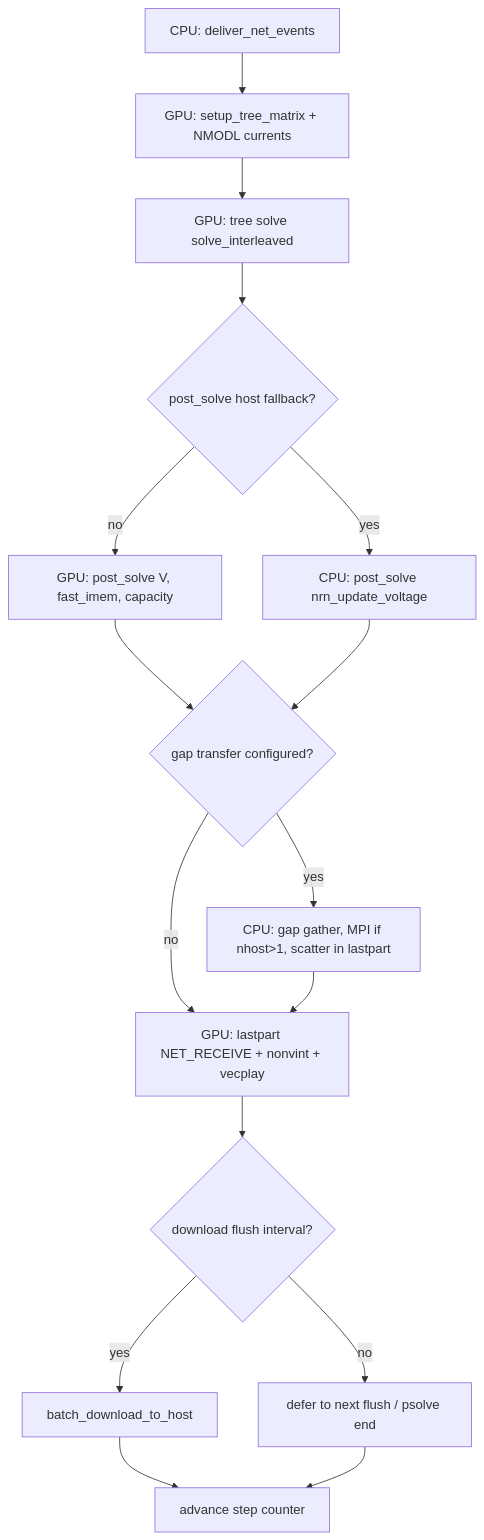
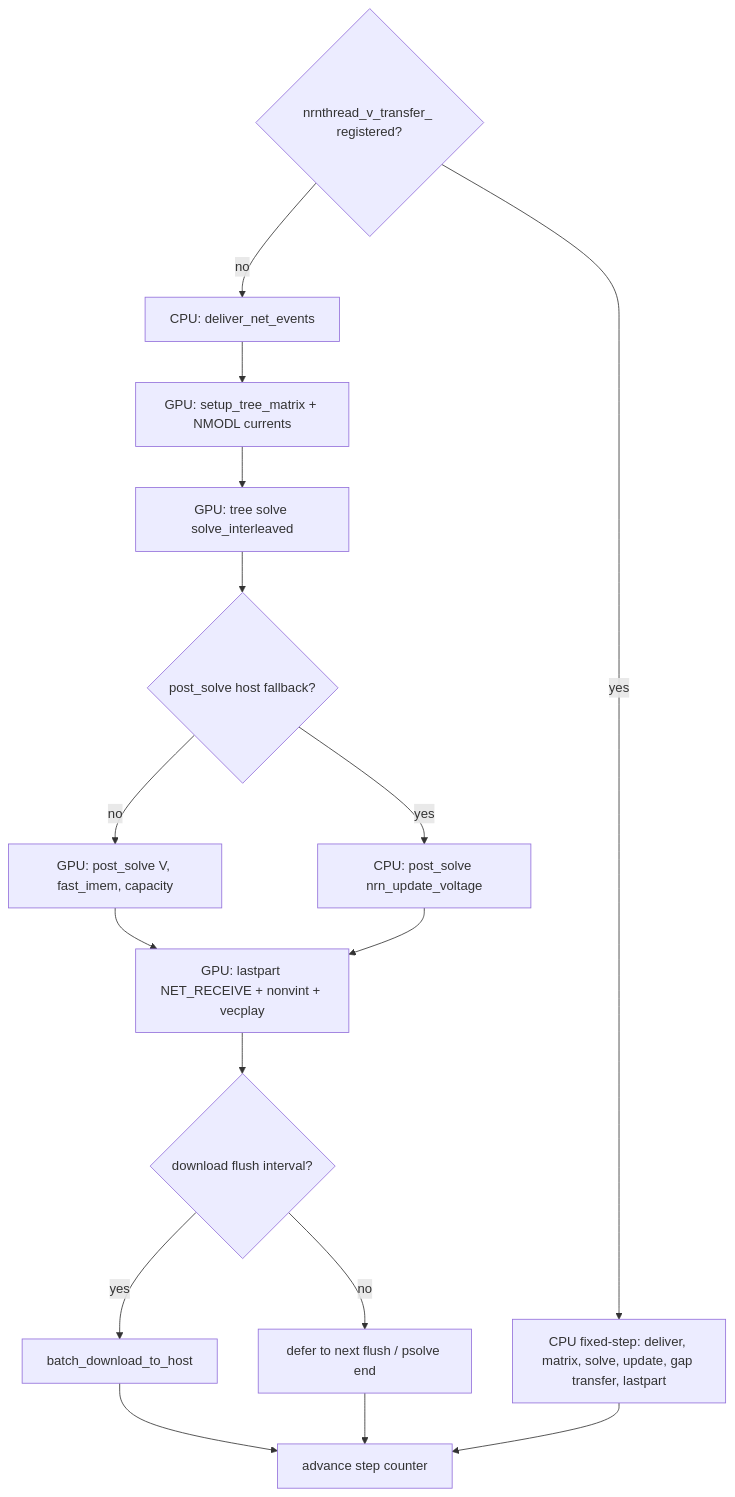
The diagram in docs/dev/native-gpu-fixed-step.rst (neuronsimulator/nrn), drawn with Mermaid before and after one commit. The commit also changed other lines of this file and 7 other files, not shown here.

First line of the commit message:
Document native GPU gap junction CPU fixed-step fallback

```diff
--- a/docs/dev/native-gpu-fixed-step.rst
+++ b/docs/dev/native-gpu-fixed-step.rst
@@ -176,18 +178,19 @@
 .. mermaid::
 
    flowchart TD
-     A[CPU: deliver_net_events] --> B[GPU: setup_tree_matrix + NMODL currents]
+     S{nrnthread_v_transfer_ registered?}
+     S -->|yes| CPUALL[CPU fixed-step: deliver, matrix, solve, update, gap transfer, lastpart]
+     S -->|no| A[CPU: deliver_net_events]
+     A --> B[GPU: setup_tree_matrix + NMODL currents]
      B --> C[GPU: tree solve solve_interleaved]
      C --> D{post_solve host fallback?}
      D -->|no| E[GPU: post_solve V, fast_imem, capacity]
      D -->|yes| F[CPU: post_solve nrn_update_voltage]
-     E --> G{gap transfer configured?}
-     F --> G
-     G -->|yes| H[CPU: gap gather, MPI if nhost>1, scatter in lastpart]
-     G -->|no| I[GPU: lastpart NET_RECEIVE + nonvint + vecplay]
-     H --> I
+     E --> I[GPU: lastpart NET_RECEIVE + nonvint + vecplay]
+     F --> I
      I --> J{download flush interval?}
      J -->|yes| K[batch_download_to_host]
      J -->|no| L[defer to next flush / psolve end]
      K --> M[advance step counter]
      L --> M
+     CPUALL --> M
```
